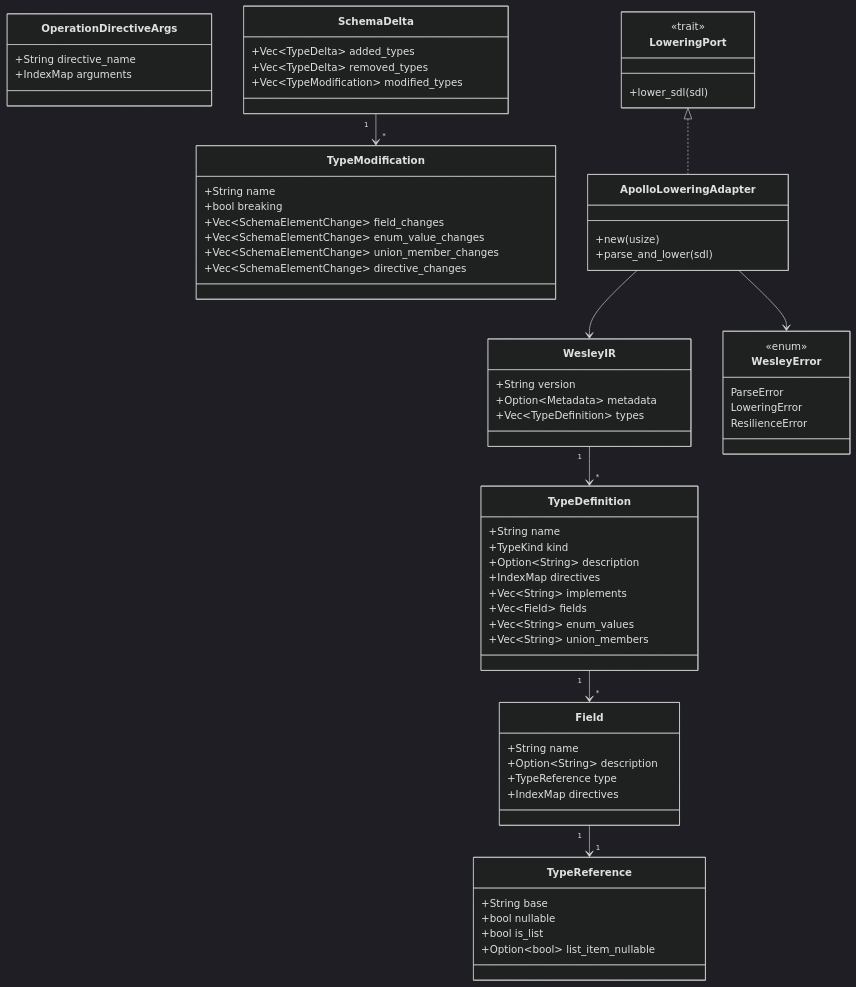
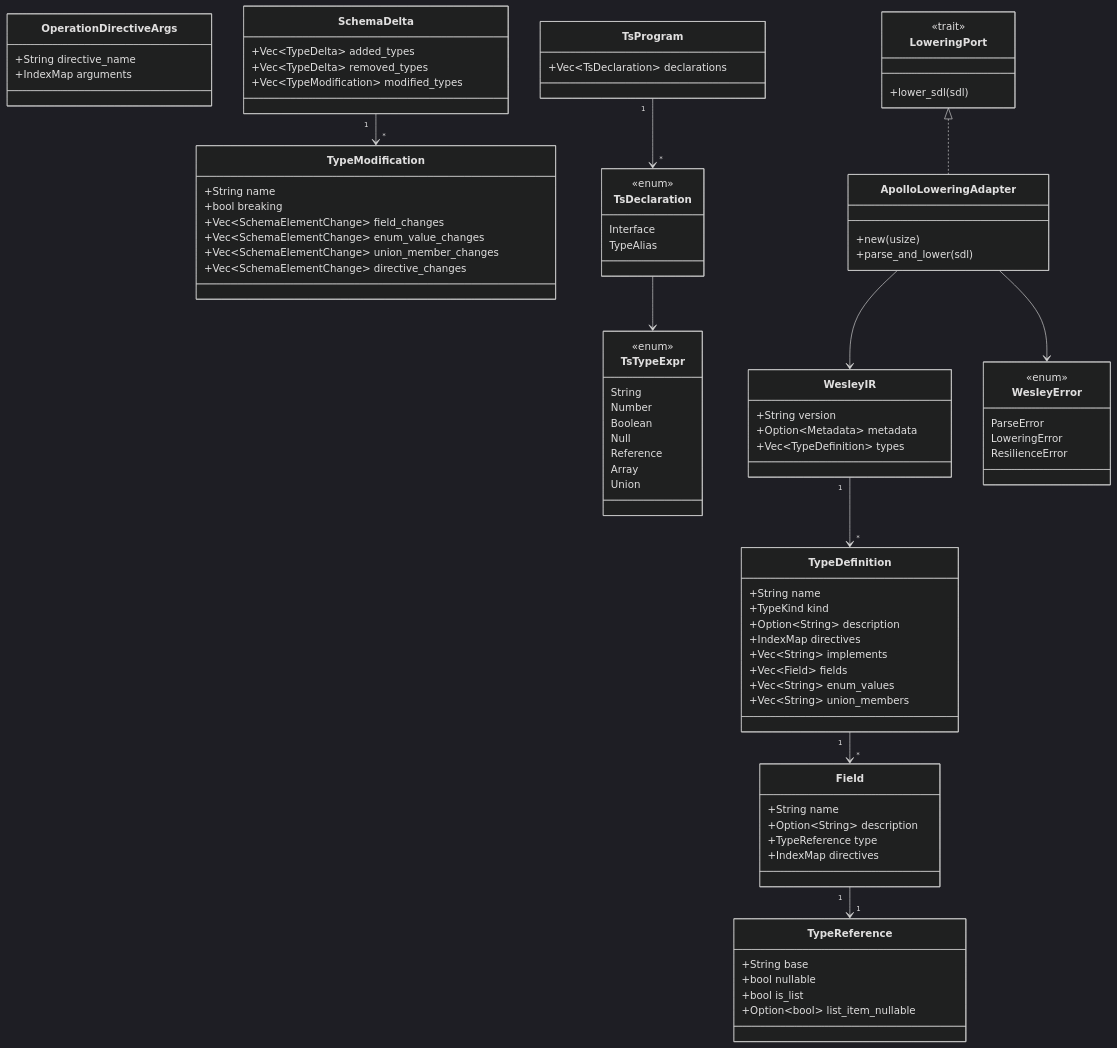
One commit to flyingrobots/wesley changed the third of 9 diagrams in docs/ARCHITECTURE.md. Above: the diagram before and after it, drawn with Mermaid (dark theme). The commit also changed other lines of this file and 13 other files, not shown here.

```diff
--- a/docs/ARCHITECTURE.md
+++ b/docs/ARCHITECTURE.md
@@ -239,6 +254,27 @@
         +Vec~SchemaElementChange~ directive_changes
     }
 
+    class TsProgram {
+        +Vec~TsDeclaration~ declarations
+    }
+
+    class TsDeclaration {
+        <<enum>>
+        Interface
+        TypeAlias
+    }
+
+    class TsTypeExpr {
+        <<enum>>
+        String
+        Number
+        Boolean
+        Null
+        Reference
+        Array
+        Union
+    }
+
     class LoweringPort {
         <<trait>>
         +lower_sdl(sdl)
@@ -260,6 +296,8 @@
     TypeDefinition "1" --> "*" Field
     Field "1" --> "1" TypeReference
     SchemaDelta "1" --> "*" TypeModification
+    TsProgram "1" --> "*" TsDeclaration
+    TsDeclaration --> TsTypeExpr
     LoweringPort <|.. ApolloLoweringAdapter
     ApolloLoweringAdapter --> WesleyIR
     ApolloLoweringAdapter --> WesleyError
```
